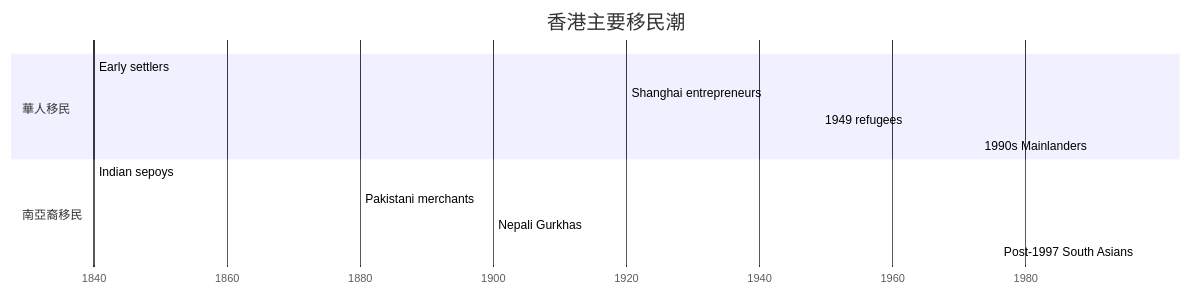
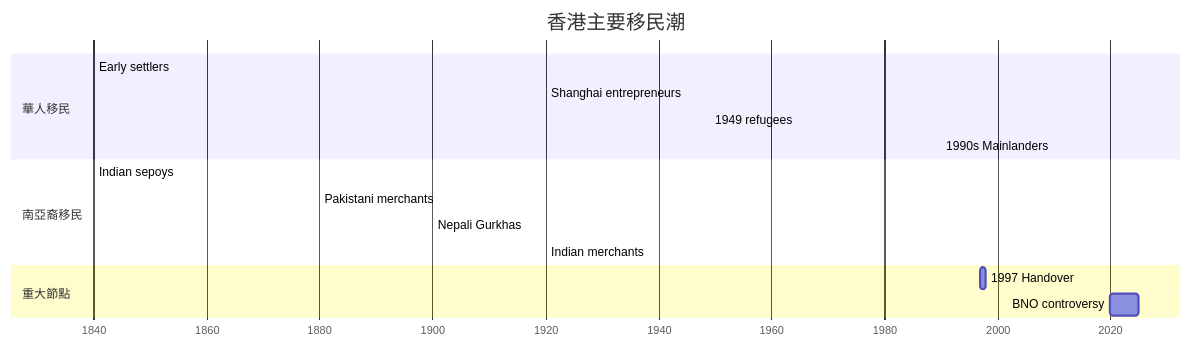
The first of 5 diagrams in 01_HKU_Courses/HIST4038_Migration_and_Archives.md (yip-lgtm/HKU-Harvard-History-Self-Study), drawn with Mermaid before and after one commit. The commit also changed other lines of this file and 22 other files, not shown here.

````diff
--- a/01_HKU_Courses/HIST4038_Migration_and_Archives.md
+++ b/01_HKU_Courses/HIST4038_Migration_and_Archives.md
@@ -94,18 +165,22 @@
 ```mermaid
 gantt
     title 香港主要移民潮
     dateFormat YYYY
     axisFormat %Y
     
     section 華人移民
     Early settlers        :a1, 1840, 10年
     Shanghai entrepreneurs:a2, 1920, 20年
     1949 refugees        :a3, 1949, 10年
-    1990s Mainlanders   :a4, 1990, 20年
+    1990s Mainlanders   :a4, 1990, 30年
     
     section 南亞裔移民
     Indian sepoys       :b1, 1840, 100年
     Pakistani merchants  :b2, 1880, 80年
     Nepali Gurkhas      :b3, 1900, 90年
-    Post-1997 South Asians:c1, 1997, 30年
+    Indian merchants     :b4, 1920, 60年
+    
+    section 重大節點
+    1997 Handover      :c1, 1997, 1y
+    BNO controversy     :c2, 2020, 5y
 ```
````
